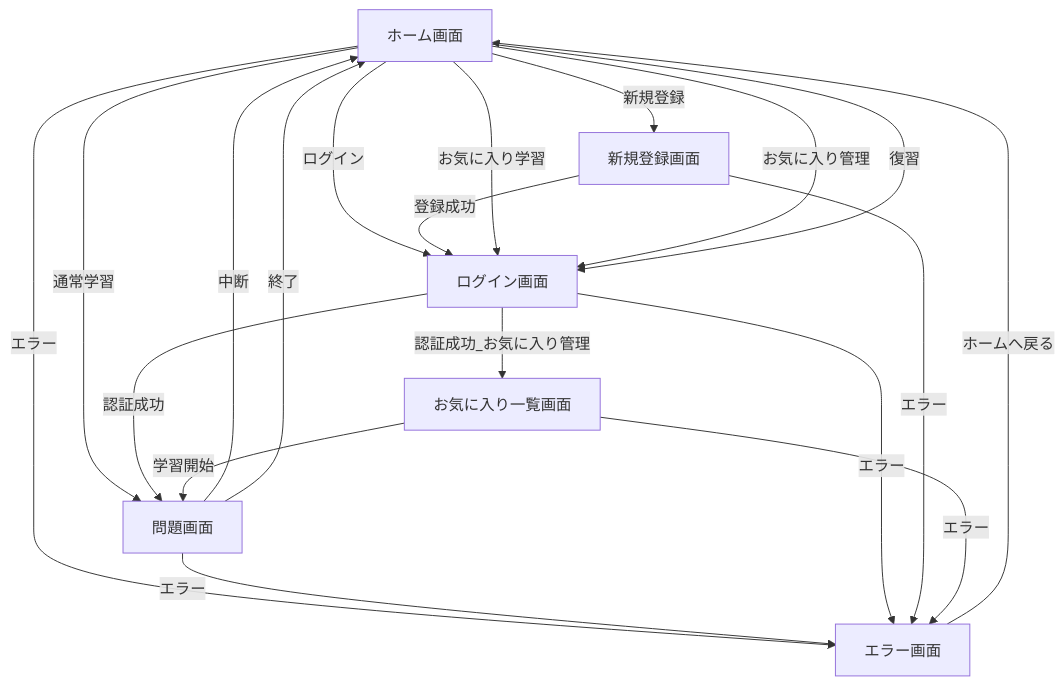
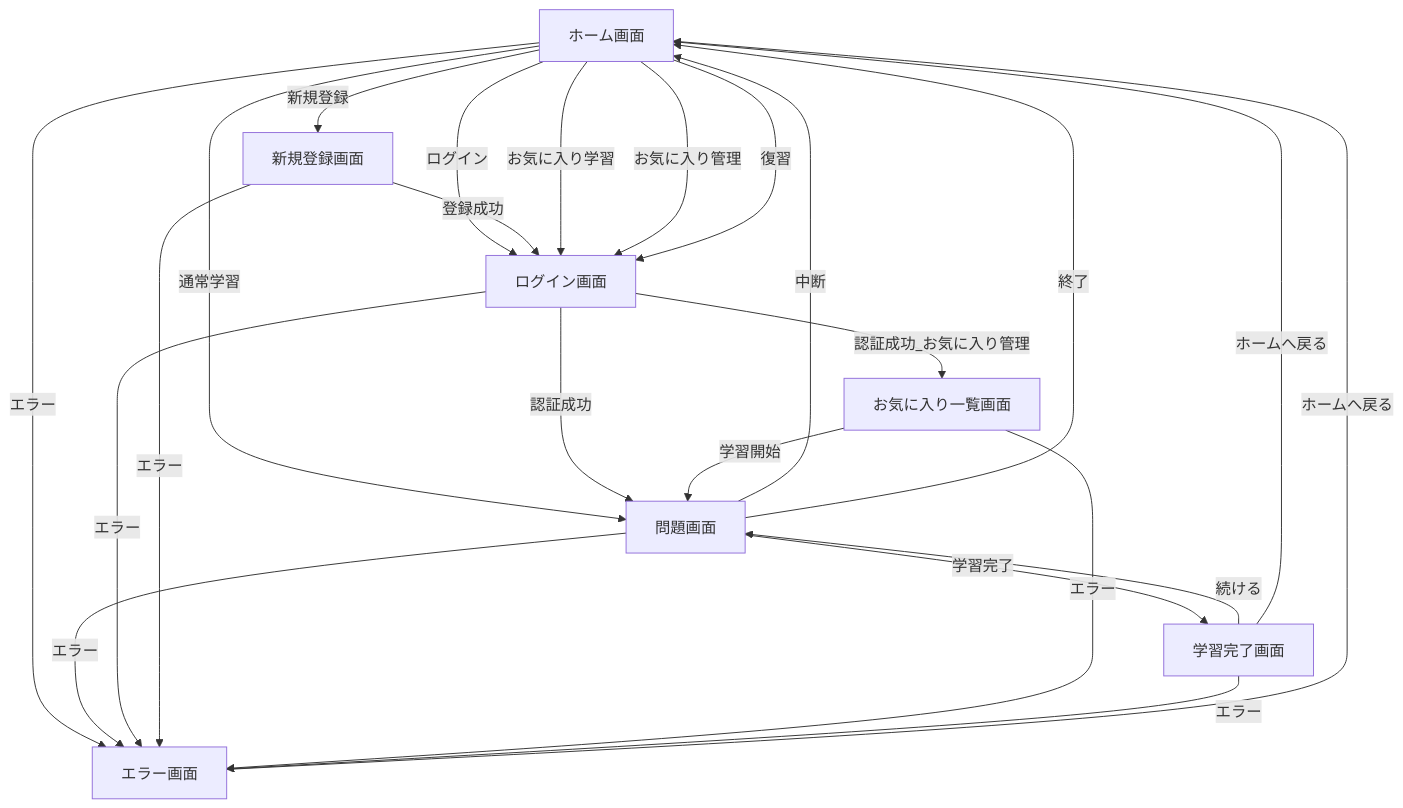
Before and after one commit to mawsonlakes790913/english-output-trainer: the first of 2 diagrams in docs/screen-transition.md, drawn with Mermaid. The commit also changed other lines of this file and 4 other files, not shown here.

````diff
--- a/docs/screen-transition.md
+++ b/docs/screen-transition.md
@@ -3,37 +3,43 @@
 ```mermaid
 flowchart TD
 
 G01["ホーム画面"]
 G02["問題画面"]
 G03["ログイン画面"]
 G04["新規登録画面"]
 G05["お気に入り一覧画面"]
 G06["エラー画面"]
+G07["学習完了画面"]
 
 G01 -->|ログイン| G03
 G01 -->|新規登録| G04
 
 G04 -->|登録成功| G03
 
 G01 -->|通常学習| G02
 
 G01 -->|お気に入り学習| G03
 G01 -->|お気に入り管理| G03
 G01 -->|復習| G03
 
 G03 -->|認証成功| G02
 G03 -->|認証成功_お気に入り管理| G05
 
 G05 -->|学習開始| G02
 
 G02 -->|中断| G01
 G02 -->|終了| G01
+G02 -->|学習完了| G07
+
+G07 -->|続ける| G02
+G07 -->|ホームへ戻る| G01
 
 G01 -->|エラー| G06
 G02 -->|エラー| G06
 G03 -->|エラー| G06
 G04 -->|エラー| G06
 G05 -->|エラー| G06
+G07 -->|エラー| G06
 
 G06 -->|ホームへ戻る| G01
 ```
````
